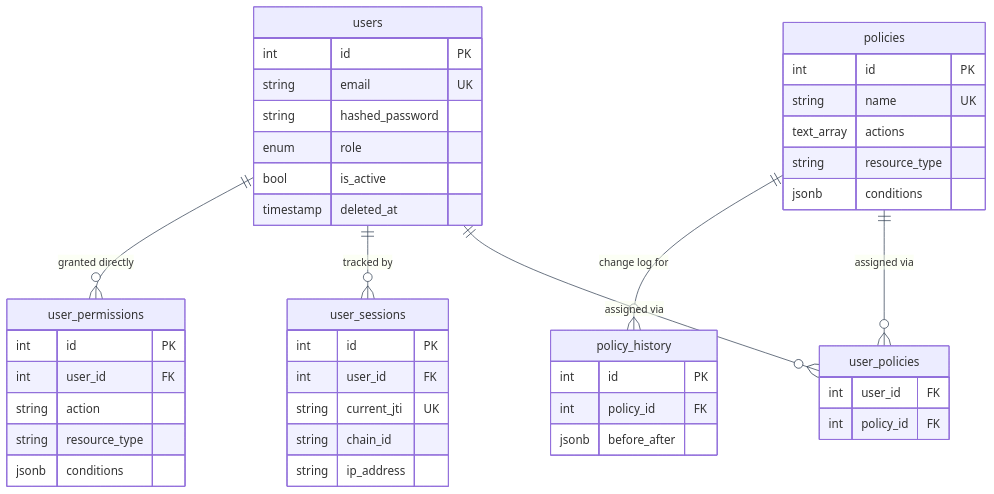
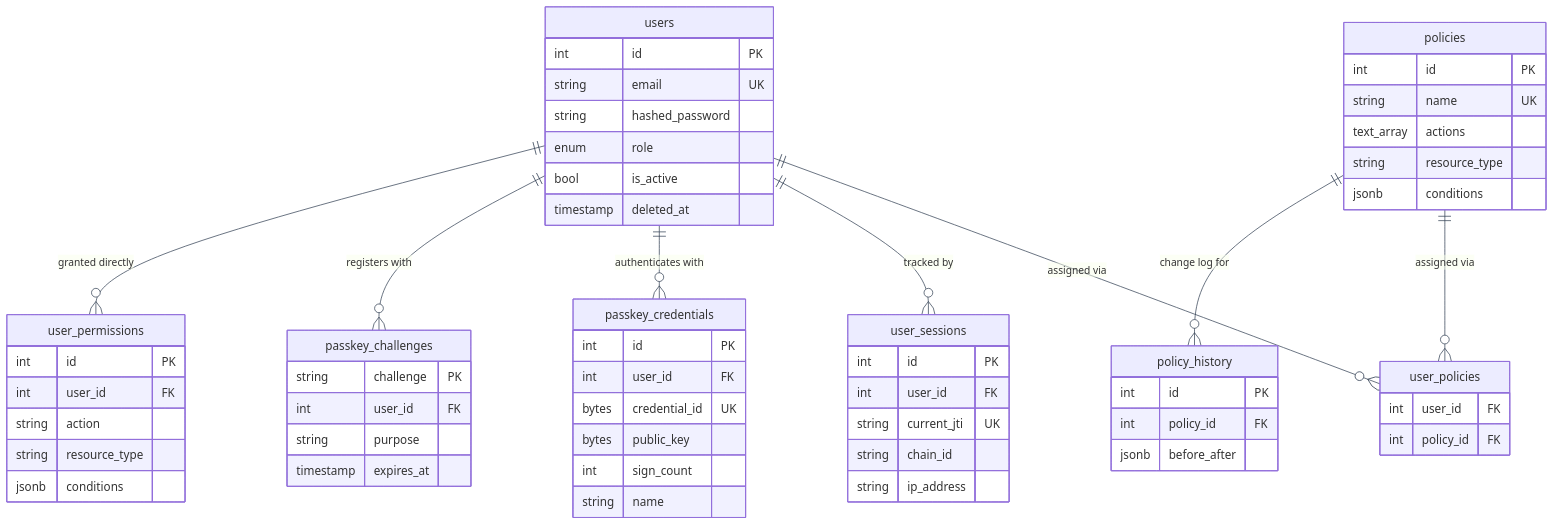
Before and after one commit to Nachiket-2024/mystic-auth: the first of 2 diagrams in docs/mystic_auth/database/design.md, drawn with Mermaid. The commit also changed other lines of this file and 820 other files, not shown here.

````diff
--- a/docs/mystic_auth/database/design.md
+++ b/docs/mystic_auth/database/design.md
@@ -14,48 +14,64 @@
 ```mermaid
 %%{init: {"er": {"fontSize": 18}, "themeVariables": {"lineColor": "#334155"}, "themeCSS": ".relationshipLine { stroke-width: 2px !important; }"} }%%
 erDiagram
     users ||--o{ user_policies : "assigned via"
     policies ||--o{ user_policies : "assigned via"
     policies ||--o{ policy_history : "change log for"
     users ||--o{ user_sessions : "tracked by"
+    users ||--o{ passkey_credentials : "authenticates with"
+    users ||--o{ passkey_challenges : "registers with"
     users ||--o{ user_permissions : "granted directly"
 
     users {
         int id PK
         string email UK
         string hashed_password
         enum role
         bool is_active
         timestamp deleted_at
     }
     policies {
         int id PK
         string name UK
         text_array actions
         string resource_type
         jsonb conditions
     }
     user_policies {
         int user_id FK
         int policy_id FK
     }
     policy_history {
         int id PK
         int policy_id FK
         jsonb before_after
     }
     user_sessions {
         int id PK
         int user_id FK
         string current_jti UK
         string chain_id
         string ip_address
     }
+    passkey_credentials {
+        int id PK
+        int user_id FK
+        bytes credential_id UK
+        bytes public_key
+        int sign_count
+        string name
+    }
+    passkey_challenges {
+        string challenge PK
+        int user_id FK
+        string purpose
+        timestamp expires_at
+    }
     user_permissions {
         int id PK
         int user_id FK
         string action
         string resource_type
         jsonb conditions
     }
 ```
````
